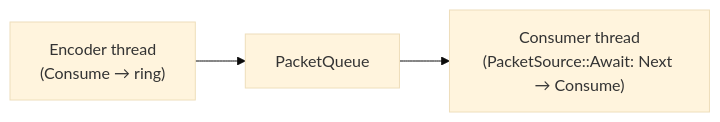
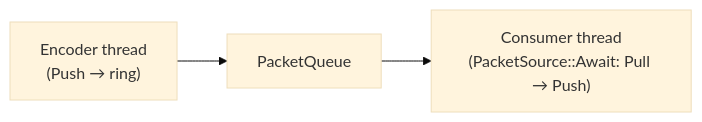
The third of 3 diagrams in codec/doc/architecture/threading.md (oxsource/video_codec), drawn with Mermaid (base theme) before and after one commit. The commit also changed other lines of this file and 28 other files, not shown here.

First line of the commit message:
refactor(queue): rename PacketSink::Consume -> Push, PacketSource::Next -> Pull

````diff
--- a/codec/doc/architecture/threading.md
+++ b/codec/doc/architecture/threading.md
@@ -54,8 +54,8 @@
 ```mermaid
 flowchart LR
-    ET["Encoder thread<br/>(Consume → ring)"]
+    ET["Encoder thread<br/>(Push → ring)"]
     Q["PacketQueue"]
-    CT["Consumer thread<br/>(PacketSource::Await: Next → Consume)"]
+    CT["Consumer thread<br/>(PacketSource::Await: Pull → Push)"]
     ET --> Q
     Q --> CT
 ```
````
